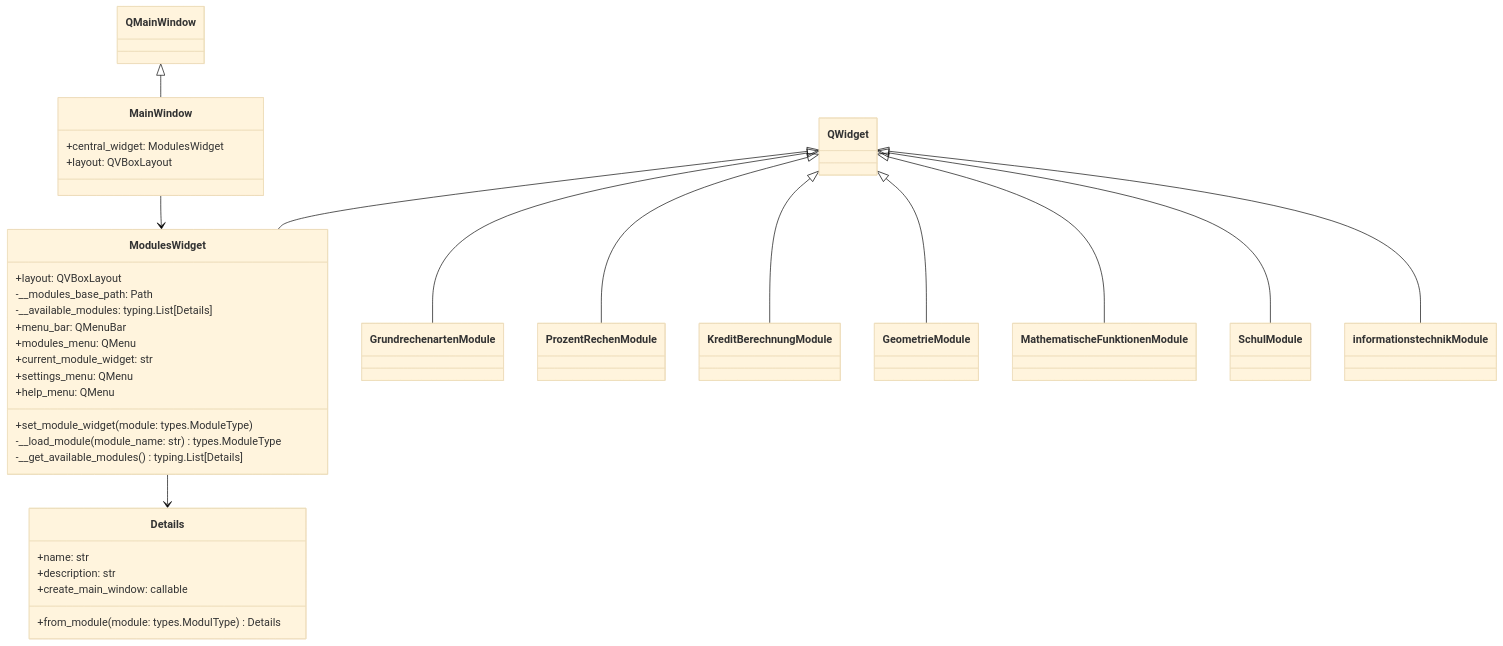
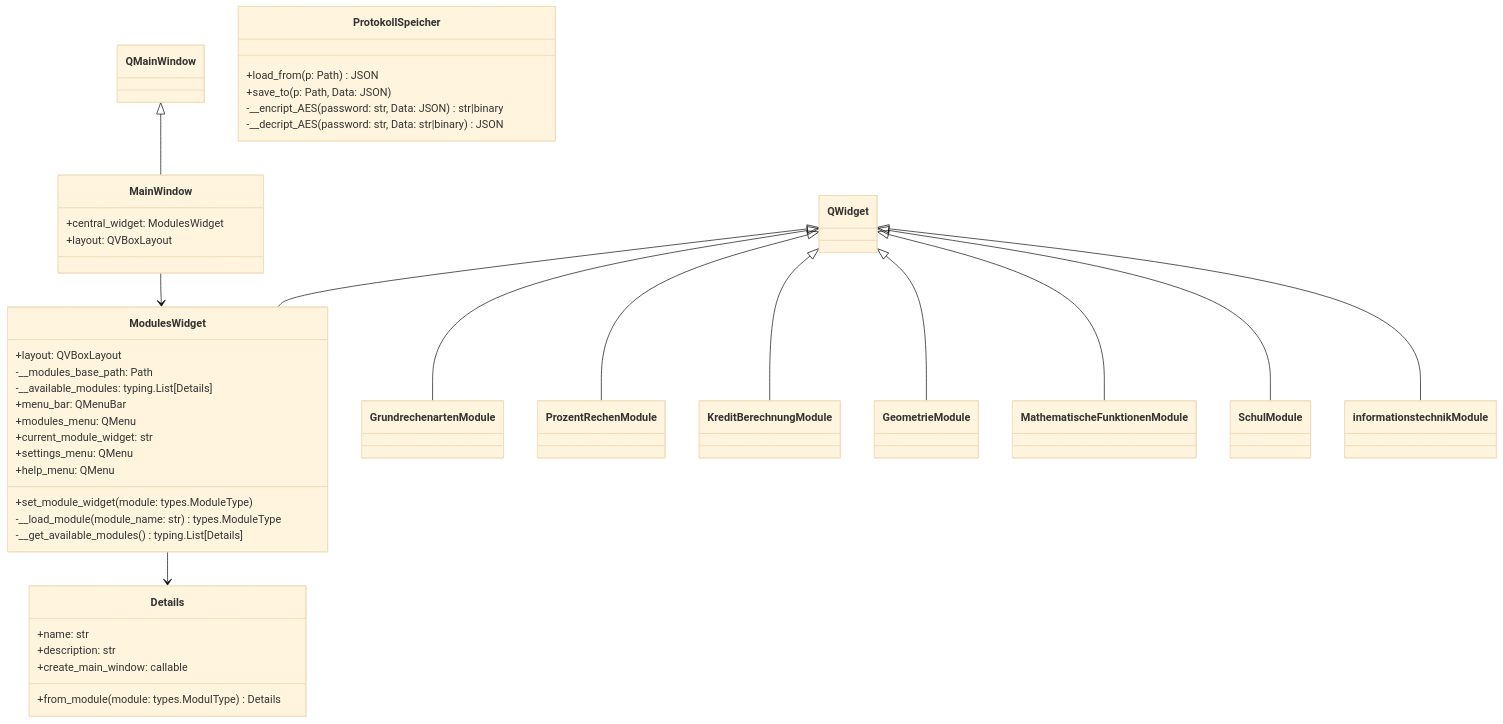
One commit to Katze719/JustForYou changed the diagram in docs/Klassendiagramm/MAIN_WINDOW.md. Above: the diagram before and after it, drawn with Mermaid (base theme).

Commit message:
add protokollspeicher

````diff
--- a/docs/Klassendiagramm/MAIN_WINDOW.md
+++ b/docs/Klassendiagramm/MAIN_WINDOW.md
@@ -1,54 +1,61 @@
 ```mermaid
 classDiagram
     class QWidget {
         
     }
     
     QWidget <|-- ModulesWidget 
     
     class ModulesWidget {
         +layout: QVBoxLayout
         -__modules_base_path: Path
         -__available_modules: typing.List[Details]
         +menu_bar: QMenuBar
         +modules_menu: QMenu
         +current_module_widget: str
         +settings_menu: QMenu
         +help_menu: QMenu
         
         +set_module_widget(module: types.ModuleType)
         -__load_module(module_name: str) types.ModuleType
         -__get_available_modules() typing.List[Details]
     }
     
     ModulesWidget --> Details
     
     class Details {
         +name: str
         +description: str
         +create_main_window: callable
         
         +from_module(module: types.ModulType) Details
     }
     
     class QMainWindow {
         
     }
     
     QMainWindow <|-- MainWindow
     MainWindow --> ModulesWidget
     class MainWindow {
         +central_widget: ModulesWidget
         +layout: QVBoxLayout
     }
     
+    class ProtokollSpeicher {
+        +load_from(p: Path) JSON
+        +save_to(p: Path, Data: JSON)
+        -__encript_AES(password: str, Data: JSON) str|binary
+        -__decript_AES(password: str, Data: str|binary) JSON
+    }
+    
     QWidget <|-- GrundrechenartenModule
     QWidget <|-- ProzentRechenModule
     QWidget <|-- KreditBerechnungModule
     QWidget <|-- GeometrieModule
     QWidget <|-- MathematischeFunktionenModule
     QWidget <|-- SchulModule
     QWidget <|-- informationstechnikModule
     
     
 ```
````
